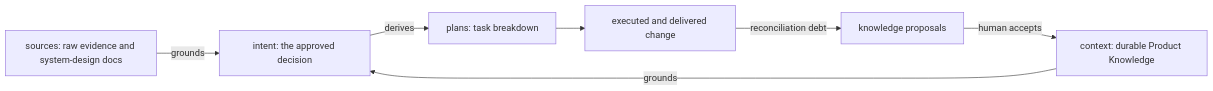
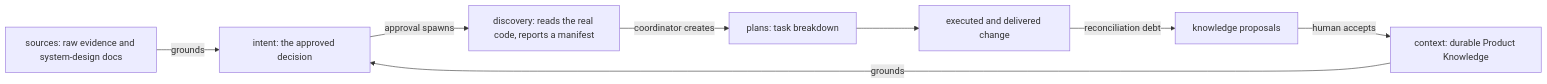
Before and after one commit to kaotypr/context-circuit-source: the seventh of 7 diagrams in sources/context-circuit-v1.0/diagrams.md, drawn with Mermaid. The commit also changed other lines of this file and 22 other files, not shown here.

````diff
--- a/sources/context-circuit-v1.0/diagrams.md
+++ b/sources/context-circuit-v1.0/diagrams.md
@@ -155,9 +174,10 @@
 ```mermaid
 flowchart LR
     SRC[sources: raw evidence and system-design docs] -->|grounds| INT[intent: the approved decision]
     PK[context: durable Product Knowledge] -->|grounds| INT
-    INT -->|derives| PLAN[plans: task breakdown]
+    INT -->|approval spawns| DISC[discovery: reads the real code, reports a manifest]
+    DISC -->|coordinator creates| PLAN[plans: task breakdown]
     PLAN --> CHANGE[executed and delivered change]
     CHANGE -->|reconciliation debt| RECON[knowledge proposals]
     RECON -->|human accepts| PK
 ```
````
